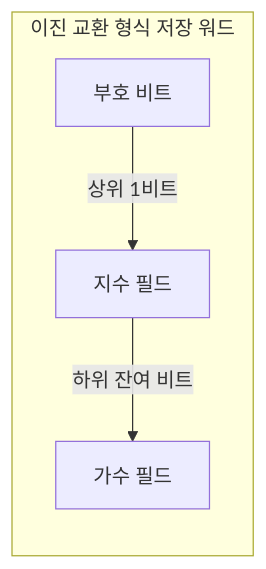
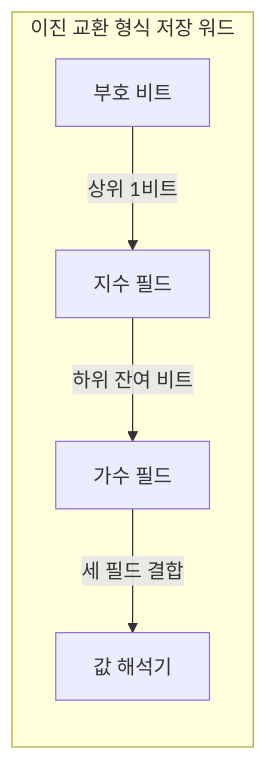
One commit to agnusdei1207/knowledge-base changed the first of 3 diagrams in src/content/docs/notes/01-basic-theory/023_floating_point_ieee_754.md. Above: the diagram before and after it, drawn with Mermaid. The commit also changed other lines of this file and 20 other files, not shown here.

````diff
--- a/src/content/docs/notes/01-basic-theory/023_floating_point_ieee_754.md
+++ b/src/content/docs/notes/01-basic-theory/023_floating_point_ieee_754.md
@@ -70,8 +70,9 @@
 ```mermaid
 flowchart TB
     subgraph W["이진 교환 형식 저장 워드"]
         direction TB
         S[부호 비트] -->|상위 1비트| E[지수 필드]
         E -->|하위 잔여 비트| F[가수 필드]
+        F -->|세 필드 결합| D[값 해석기]
     end
 ```
````
